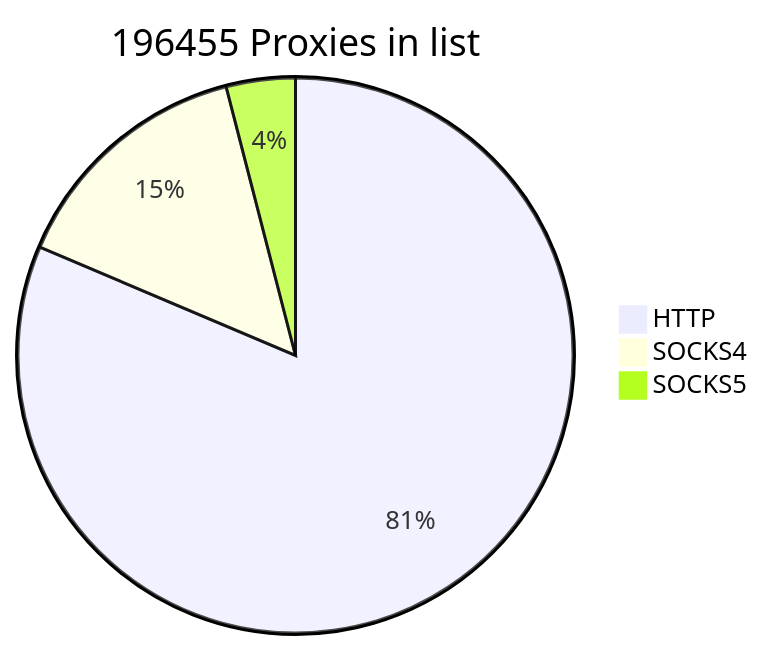
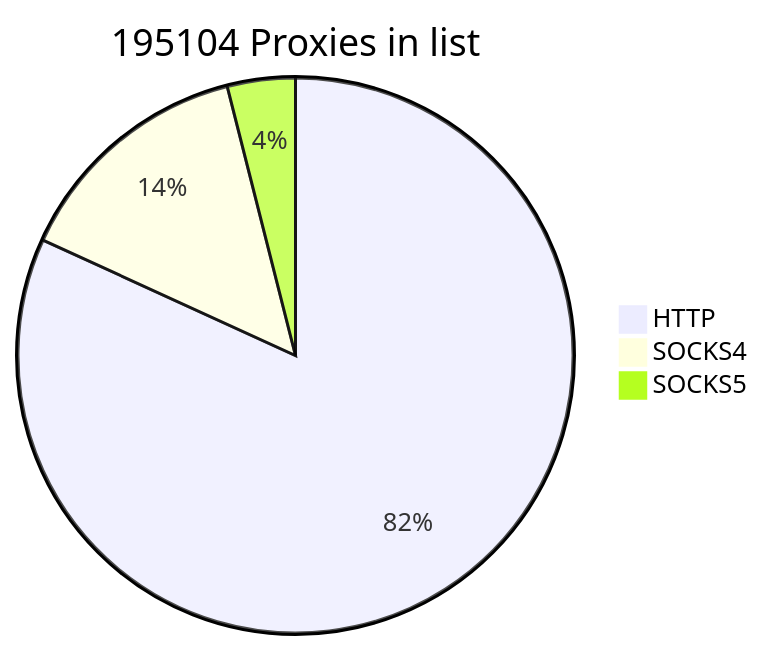
Before and after one commit to cutipu/proxylist: the first of 2 diagrams in README.md, drawn with Mermaid. The commit also changed other lines of this file, not shown here.

````diff
--- a/README.md
+++ b/README.md
@@ -2,7 +2,7 @@
 ```mermaid
-pie title 196455 Proxies in list
-    "HTTP" : 159882
-    "SOCKS4" : 28678
-    "SOCKS5" : 7895
+pie title 195104 Proxies in list
+    "HTTP" : 159639
+    "SOCKS4" : 27752
+    "SOCKS5" : 7713
             
 ```
````
